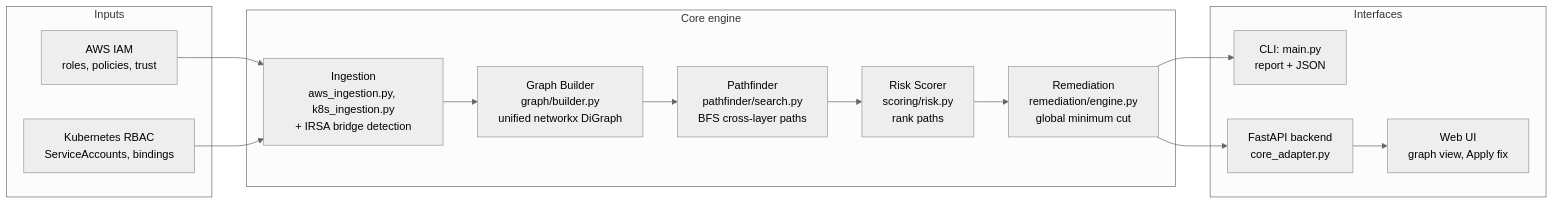
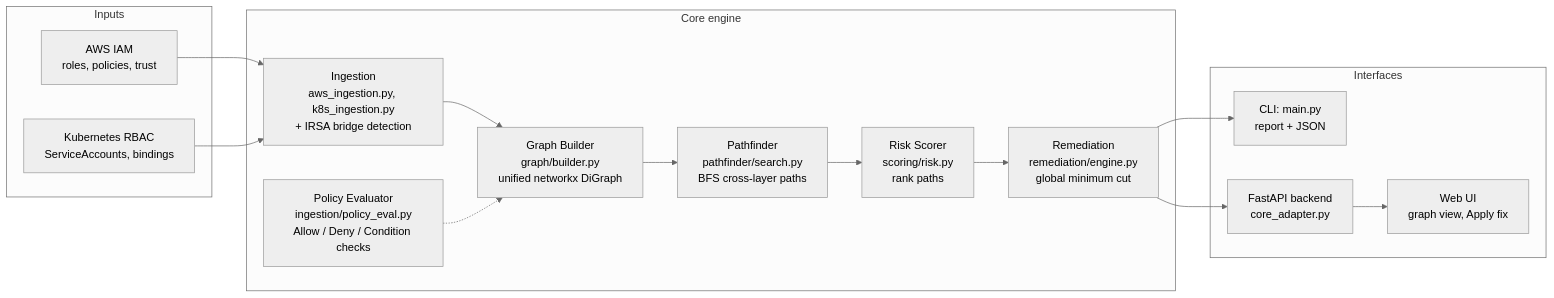
The diagram in README.md (niketkrishnan/CROSSGUARD), drawn with Mermaid (neutral theme) before and after one commit. The commit also changed other lines of this file and 5 other files, not shown here.

Commit message:
Docs: policy evaluator in diagram, benchmark analysis-mode notes, READMEs for B8-B11

````diff
--- a/README.md
+++ b/README.md
@@ -136,27 +136,29 @@
 ```mermaid
 flowchart LR
     subgraph IN["Inputs"]
         AWS["AWS IAM<br/>roles, policies, trust"]
         K8S["Kubernetes RBAC<br/>ServiceAccounts, bindings"]
     end
 
     subgraph ENGINE["Core engine"]
         ING["Ingestion<br/>aws_ingestion.py, k8s_ingestion.py<br/>+ IRSA bridge detection"]
         GB["Graph Builder<br/>graph/builder.py<br/>unified networkx DiGraph"]
         PF["Pathfinder<br/>pathfinder/search.py<br/>BFS cross-layer paths"]
         RS["Risk Scorer<br/>scoring/risk.py<br/>rank paths"]
         RM["Remediation<br/>remediation/engine.py<br/>global minimum cut"]
+        PE["Policy Evaluator<br/>ingestion/policy_eval.py<br/>Allow / Deny / Condition checks"]
     end
 
     subgraph OUT["Interfaces"]
         CLI["CLI: main.py<br/>report + JSON"]
         API["FastAPI backend<br/>core_adapter.py"]
         UI["Web UI<br/>graph view, Apply fix"]
     end
 
     AWS --> ING
     K8S --> ING
     ING --> GB --> PF --> RS --> RM
+    PE -.-> GB
     RM --> CLI
     RM --> API --> UI
 ```
````
